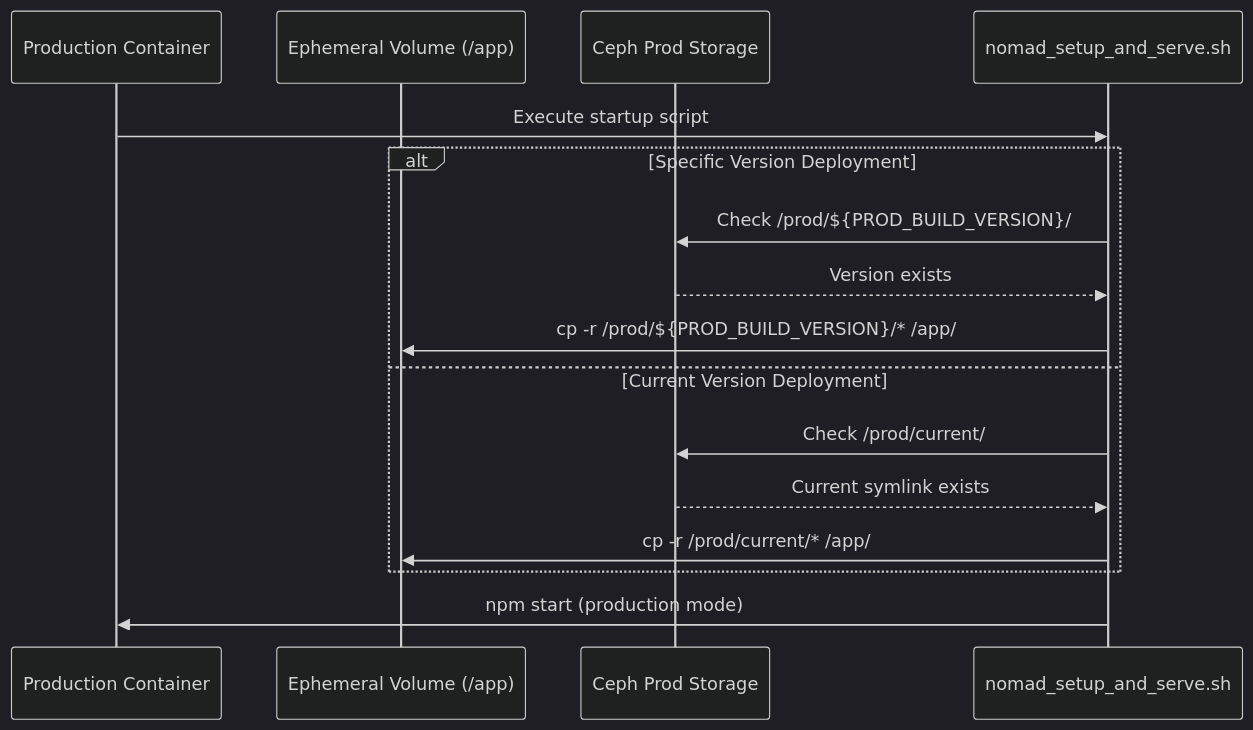
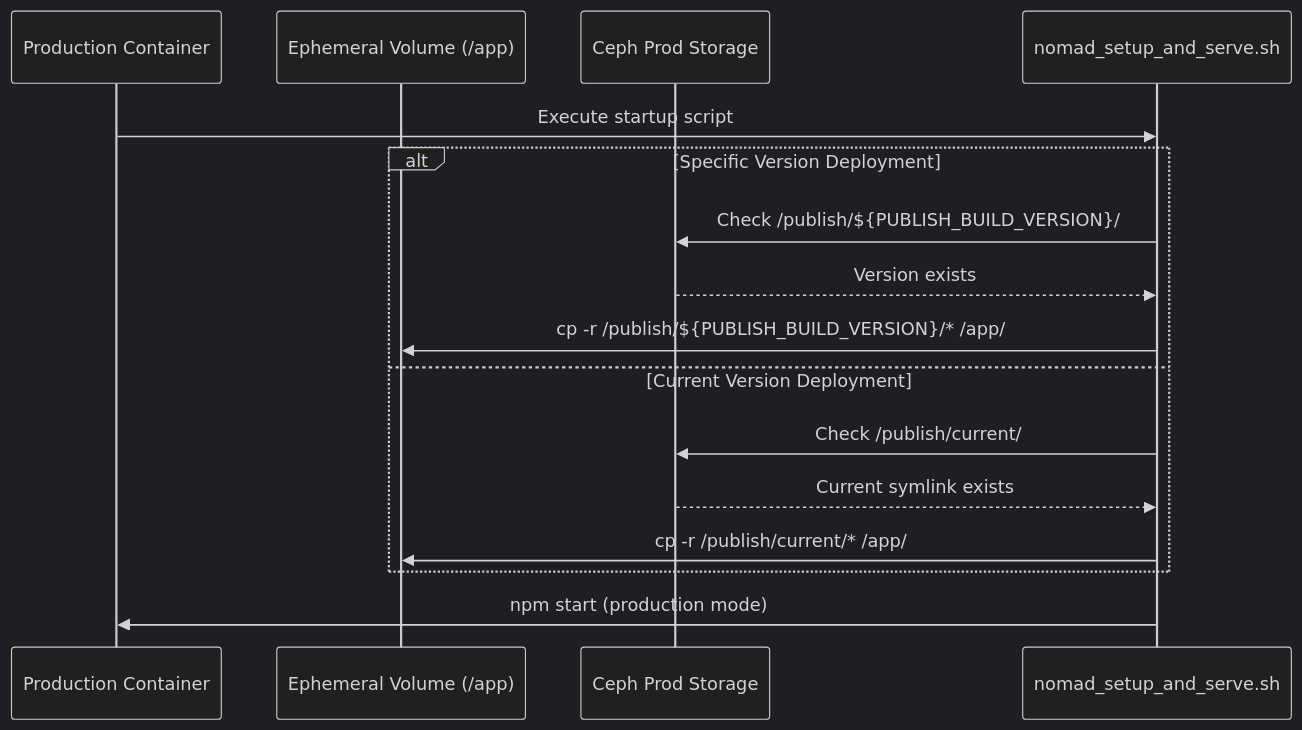
Before and after one commit to hsharif-godaddy/hackathon2026: the fourth of 5 diagrams in docs/persistent-storage-architecture.md, drawn with Mermaid (dark theme). The commit also changed other lines of this file and 7 other files, not shown here.

````diff
--- a/docs/persistent-storage-architecture.md
+++ b/docs/persistent-storage-architecture.md
@@ -225,21 +274,21 @@
 ```mermaid
 sequenceDiagram
     participant Container as Production Container
     participant EphemeralVol as Ephemeral Volume (/app)
     participant CephProd as Ceph Prod Storage
     participant SetupScript as nomad_setup_and_serve.sh
-    
+
     Container->>SetupScript: Execute startup script
-    
+
     alt Specific Version Deployment
-        SetupScript->>CephProd: Check /prod/${PROD_BUILD_VERSION}/
+        SetupScript->>CephProd: Check /publish/${PUBLISH_BUILD_VERSION}/
         CephProd-->>SetupScript: Version exists
-        SetupScript->>EphemeralVol: cp -r /prod/${PROD_BUILD_VERSION}/* /app/
+        SetupScript->>EphemeralVol: cp -r /publish/${PUBLISH_BUILD_VERSION}/* /app/
     else Current Version Deployment
-        SetupScript->>CephProd: Check /prod/current/
+        SetupScript->>CephProd: Check /publish/current/
         CephProd-->>SetupScript: Current symlink exists
-        SetupScript->>EphemeralVol: cp -r /prod/current/* /app/
+        SetupScript->>EphemeralVol: cp -r /publish/current/* /app/
     end
-    
+
     SetupScript->>Container: npm start (production mode)
 ```
````
